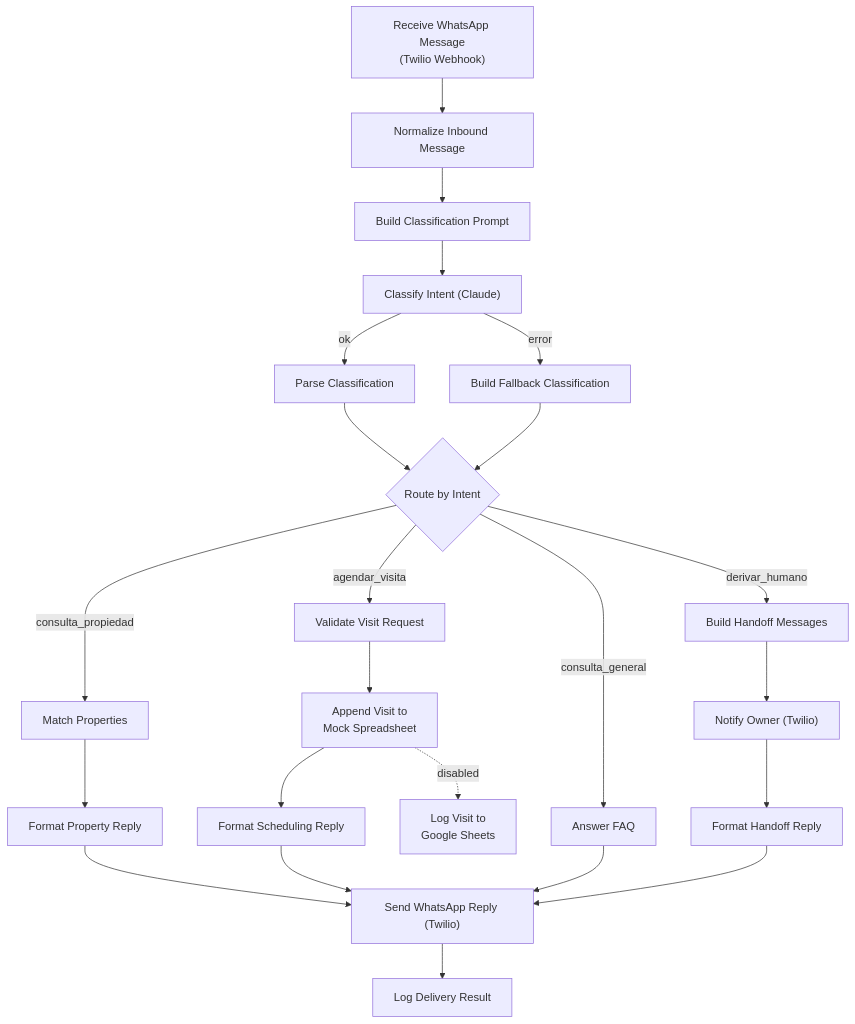
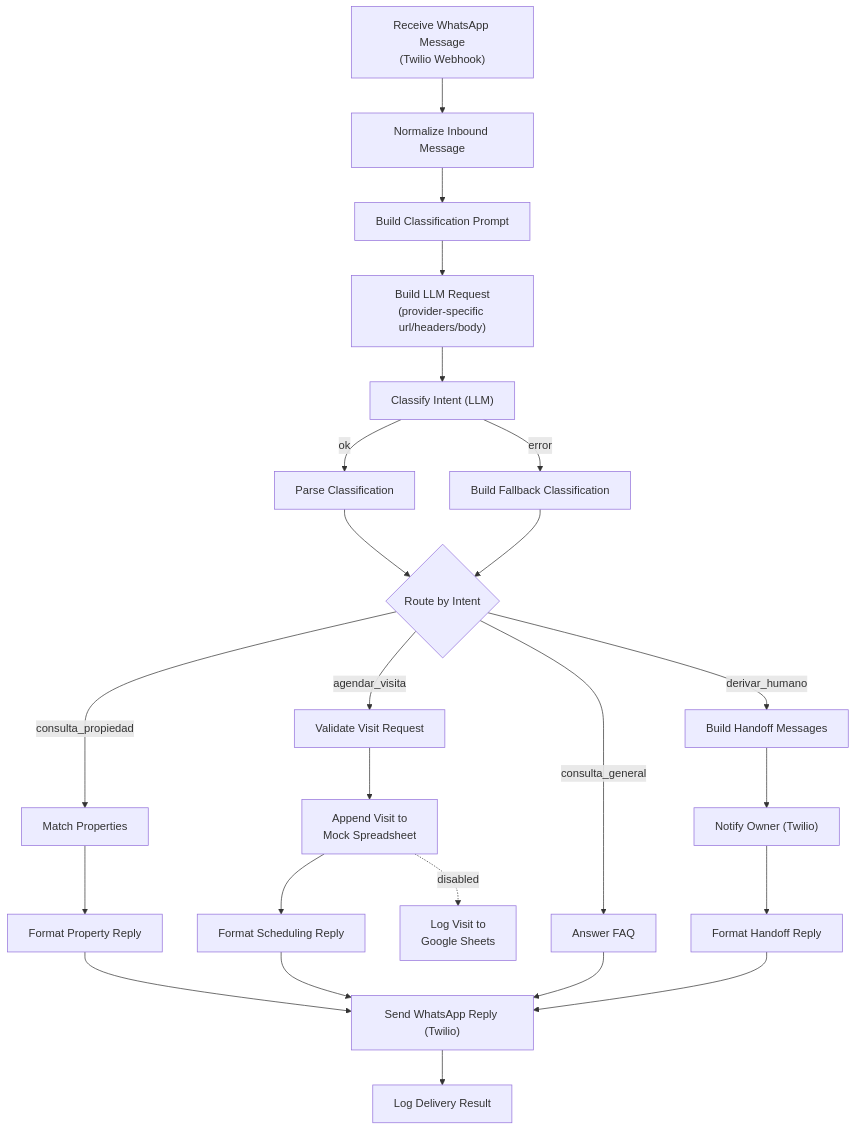
One commit to ignacionicola/automation-demos changed the diagram in demos/01-whatsapp-agent/README.md. Above: the diagram before and after it, drawn with Mermaid. The commit also changed other lines of this file and 8 other files, not shown here.

````diff
--- a/demos/01-whatsapp-agent/README.md
+++ b/demos/01-whatsapp-agent/README.md
@@ -25,32 +29,33 @@
 ```mermaid
 flowchart TD
     A["Receive WhatsApp Message<br/>(Twilio Webhook)"] --> B[Normalize Inbound Message]
     B --> C[Build Classification Prompt]
-    C --> D["Classify Intent (Claude)"]
+    C --> C2["Build LLM Request<br/>(provider-specific url/headers/body)"]
+    C2 --> D["Classify Intent (LLM)"]
 
     D -->|ok| E[Parse Classification]
     D -->|error| F[Build Fallback Classification]
 
     E --> G{Route by Intent}
     F --> G
 
     G -->|consulta_propiedad| H[Match Properties]
     H --> I[Format Property Reply]
 
     G -->|agendar_visita| J[Validate Visit Request]
     J --> K["Append Visit to<br/>Mock Spreadsheet"]
     K --> L[Format Scheduling Reply]
     K -.disabled.-> M["Log Visit to<br/>Google Sheets"]
 
     G -->|consulta_general| N[Answer FAQ]
 
     G -->|derivar_humano| O[Build Handoff Messages]
     O --> P["Notify Owner (Twilio)"]
     P --> Q[Format Handoff Reply]
 
     I --> R["Send WhatsApp Reply (Twilio)"]
     L --> R
     N --> R
     Q --> R
     R --> S[Log Delivery Result]
 ```
````
